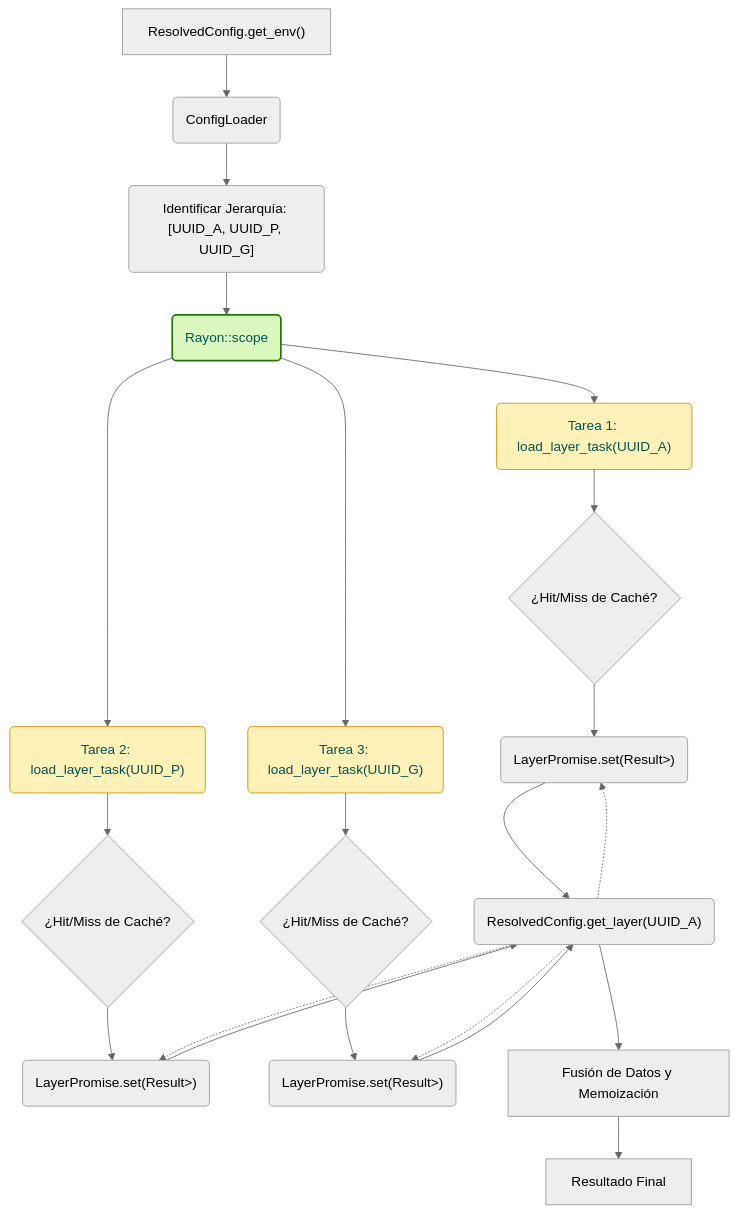
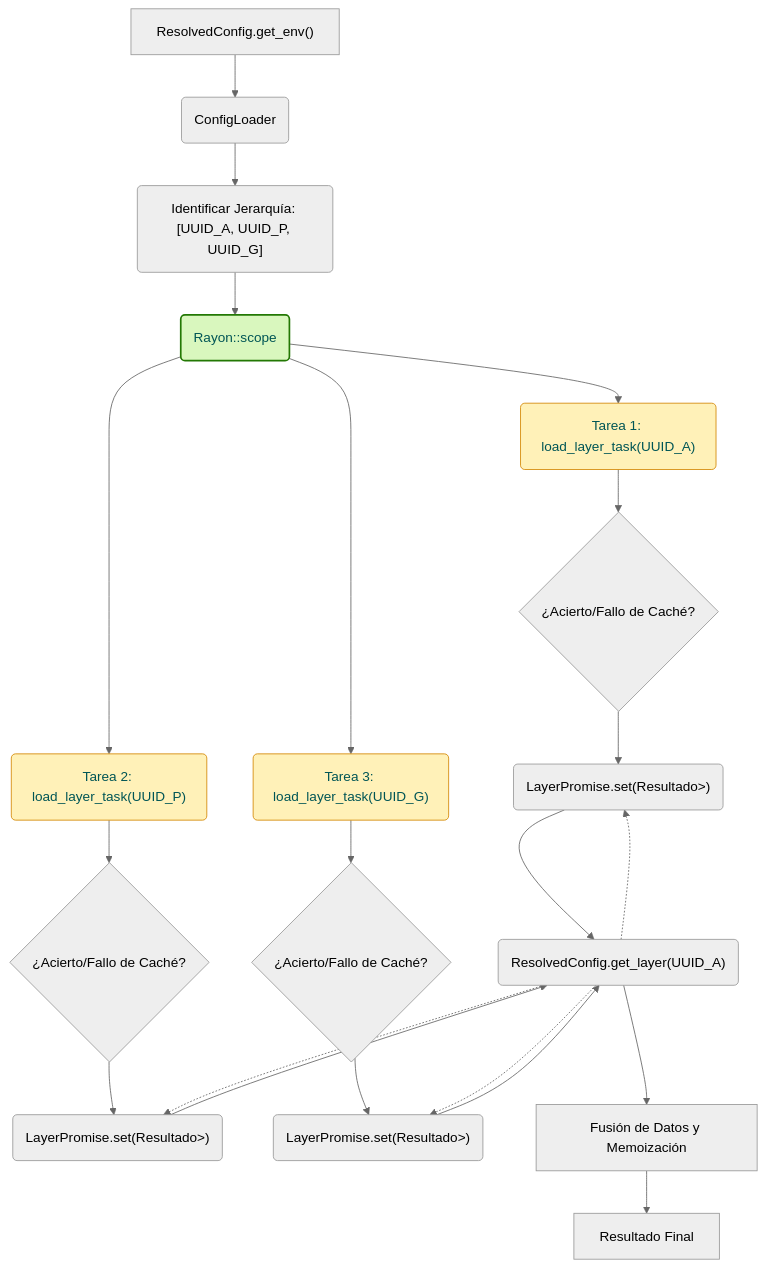
One commit to RetypeOS/axes changed the second of 3 diagrams in docs/es/TECHNICAL.md. Above: the diagram before and after it, drawn with Mermaid (neutral theme). The commit also changed other lines of this file and 14 other files, not shown here.

````diff
--- a/docs/es/TECHNICAL.md
+++ b/docs/es/TECHNICAL.md
@@ -120,36 +124,36 @@
 ```mermaid
 graph TD
     A["ResolvedConfig.get_env()"] --> B("ConfigLoader");
     B --> C("Identificar Jerarquía: [UUID_A, UUID_P, UUID_G]");
 
     C --> D_R(Rayon::scope);
     
     D_R --> E1("Tarea 1: load_layer_task(UUID_A)");
     D_R --> E2("Tarea 2: load_layer_task(UUID_P)");
     D_R --> E3("Tarea 3: load_layer_task(UUID_G)");
 
-    E1 --> F1{"¿Hit/Miss de Caché?"};
-    E2 --> F2{"¿Hit/Miss de Caché?"};
-    E3 --> F3{"¿Hit/Miss de Caché?"};
+    E1 --> F1{"¿Acierto/Fallo de Caché?"};
+    E2 --> F2{"¿Acierto/Fallo de Caché?"};
+    E3 --> F3{"¿Acierto/Fallo de Caché?"};
 
-    F1 --> G_A("LayerPromise.set(Result<Arc<Task>>)");
-    F2 --> G_P("LayerPromise.set(Result<Arc<Task>>)");
-    F3 --> G_G("LayerPromise.set(Result<Arc<Task>>)");
+    F1 --> G_A("LayerPromise.set(Resultado<Arc<Task>>)");
+    F2 --> G_P("LayerPromise.set(Resultado<Arc<Task>>)");
+    F3 --> G_G("LayerPromise.set(Resultado<Arc<Task>>)");
 
     G_A --> H("ResolvedConfig.get_layer(UUID_A)");
     G_P --> H;
     G_G --> H;
 
     H --> I["Fusión de Datos y Memoización"];
     I --> J["Resultado Final"];
 
     style D_R fill:#d9f7be,stroke:#237804,stroke-width:2px,color:#055
     style E1 fill:#fff1b8,stroke:#d48806,stroke-width:1px,color:#055
     style E2 fill:#fff1b8,stroke:#d48806,stroke-width:1px,color:#055
     style E3 fill:#fff1b8,stroke:#d48806,stroke-width:1px,color:#055
 
-    %% Sincronización eficiente usando Arc/OnceLock
+    %% Efficient synchronization using Arc/OnceLock
     H -.-> G_A; 
     H -.-> G_P; 
     H -.-> G_G;
 ```
````
